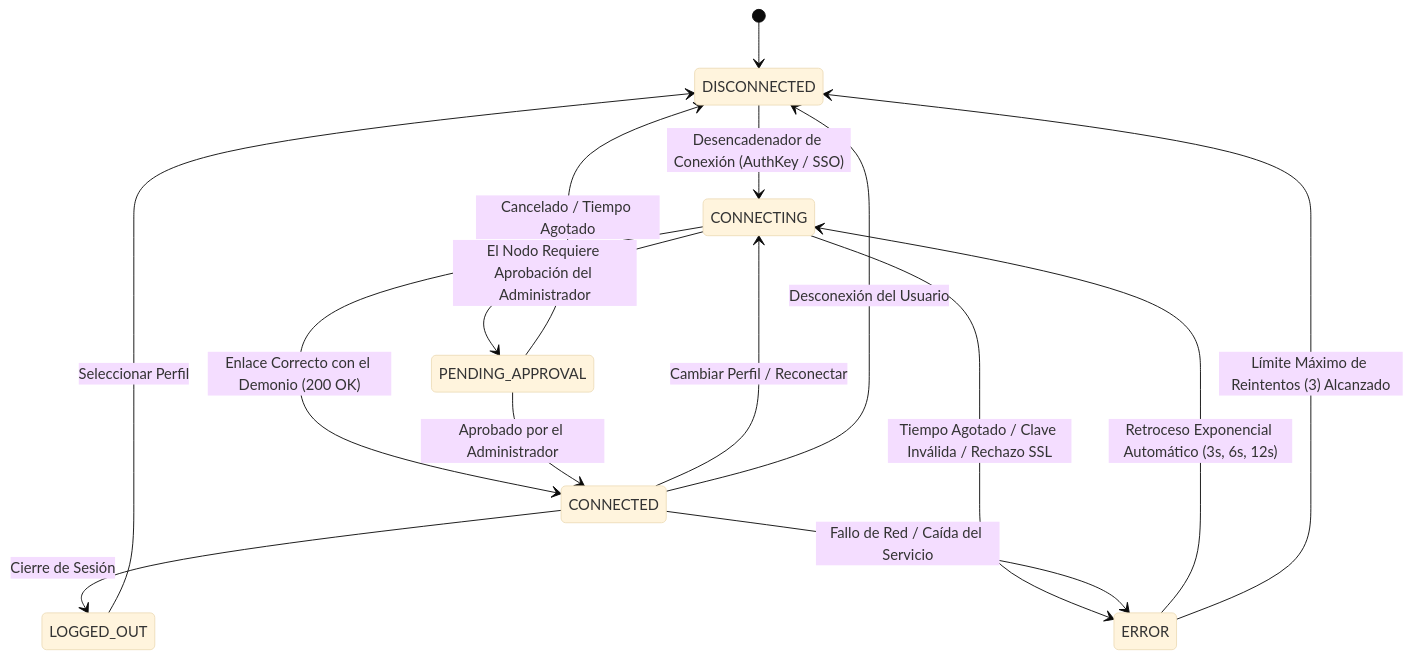
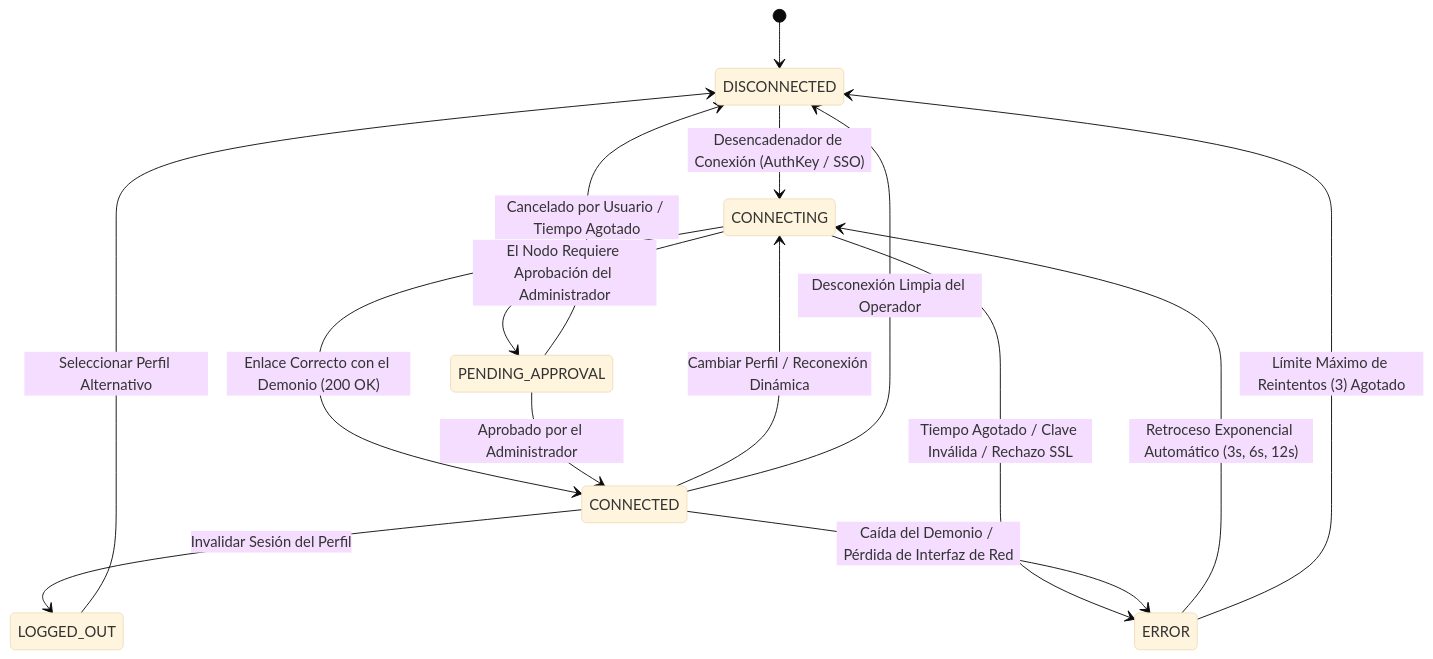
Before and after one commit to Arean82/Tailscale-Headscale-Client: the second of 3 diagrams in Docs/README_es.md, drawn with Mermaid (base theme). The commit also changed other lines of this file and 3 other files, not shown here.

````diff
--- a/Docs/README_es.md
+++ b/Docs/README_es.md
@@ -69,22 +82,22 @@
 ```mermaid
 stateDiagram-v2
     [*] --> DISCONNECTED
 
     DISCONNECTED --> CONNECTING : Desencadenador de Conexión (AuthKey / SSO)
     CONNECTING --> CONNECTED : Enlace Correcto con el Demonio (200 OK)
     CONNECTING --> ERROR : Tiempo Agotado / Clave Inválida / Rechazo SSL
     CONNECTING --> PENDING_APPROVAL : El Nodo Requiere Aprobación del Administrador
 
     PENDING_APPROVAL --> CONNECTED : Aprobado por el Administrador
-    PENDING_APPROVAL --> DISCONNECTED : Cancelado / Tiempo Agotado
+    PENDING_APPROVAL --> DISCONNECTED : Cancelado por Usuario / Tiempo Agotado
 
-    CONNECTED --> CONNECTING : Cambiar Perfil / Reconectar
-    CONNECTED --> DISCONNECTED : Desconexión del Usuario
-    CONNECTED --> LOGGED_OUT : Cierre de Sesión
-    CONNECTED --> ERROR : Fallo de Red / Caída del Servicio
+    CONNECTED --> CONNECTING : Cambiar Perfil / Reconexión Dinámica
+    CONNECTED --> DISCONNECTED : Desconexión Limpia del Operador
+    CONNECTED --> LOGGED_OUT : Invalidar Sesión del Perfil
+    CONNECTED --> ERROR : Caída del Demonio / Pérdida de Interfaz de Red
 
     ERROR --> CONNECTING : Retroceso Exponencial Automático (3s, 6s, 12s)
-    ERROR --> DISCONNECTED : Límite Máximo de Reintentos (3) Alcanzado
+    ERROR --> DISCONNECTED : Límite Máximo de Reintentos (3) Agotado
 
-    LOGGED_OUT --> DISCONNECTED : Seleccionar Perfil
+    LOGGED_OUT --> DISCONNECTED : Seleccionar Perfil Alternativo
 ```
````
